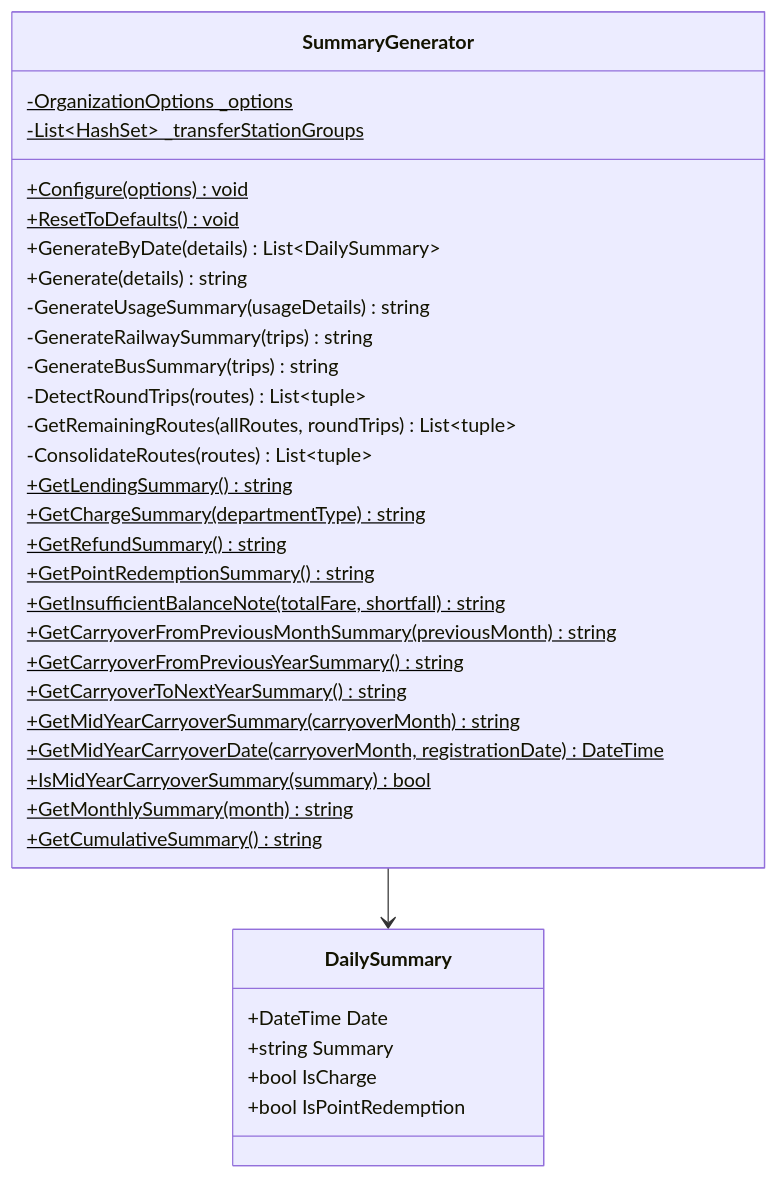
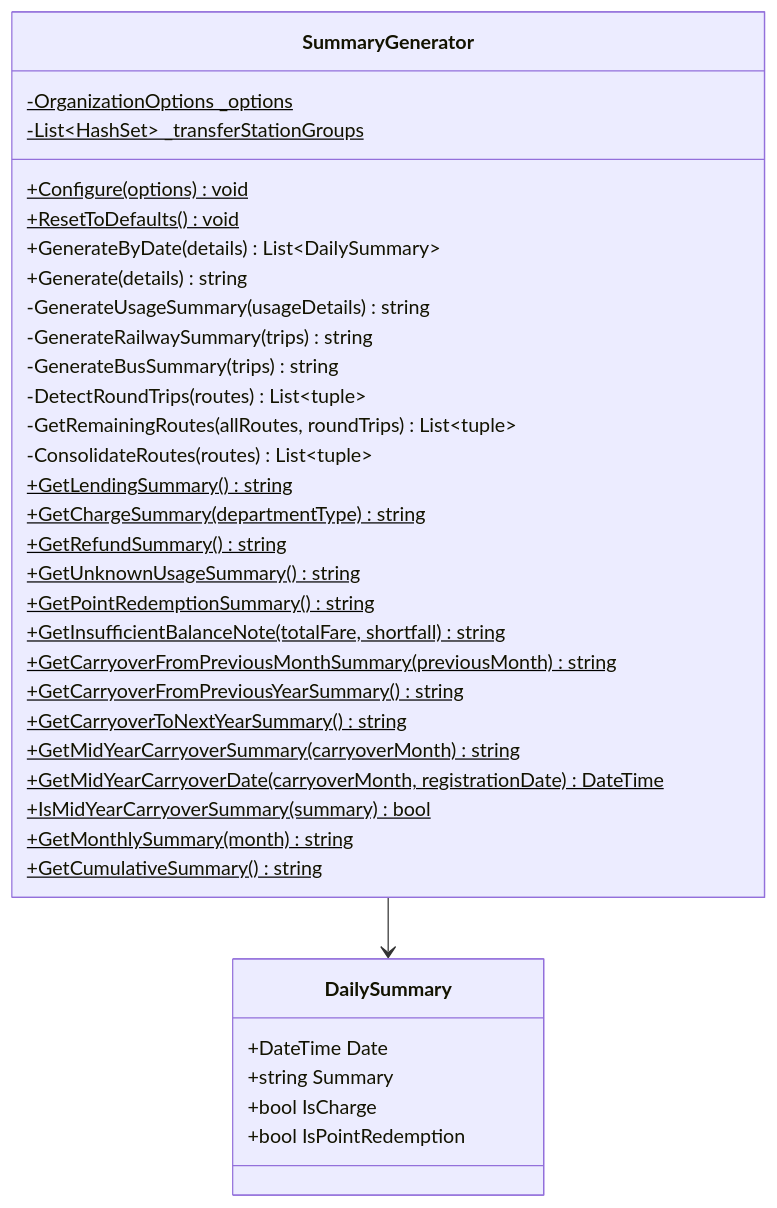
One commit to kuwayamamasayuki/ICCardManager changed the sixth of 48 diagrams in ICCardManager/docs/design/05_クラス設計書.md. Above: the diagram before and after it, drawn with Mermaid. The commit also changed other lines of this file and 11 other files, not shown here.

````diff
--- a/ICCardManager/docs/design/05_クラス設計書.md
+++ b/ICCardManager/docs/design/05_クラス設計書.md
@@ -570,39 +570,40 @@
 ```mermaid
 classDiagram
     class SummaryGenerator {
         -OrganizationOptions _options$
         -List~HashSet~ _transferStationGroups$
         +Configure(options)$ void
         +ResetToDefaults()$ void
         +GenerateByDate(details) List~DailySummary~
         +Generate(details) string
         -GenerateUsageSummary(usageDetails) string
         -GenerateRailwaySummary(trips) string
         -GenerateBusSummary(trips) string
         -DetectRoundTrips(routes) List~tuple~
         -GetRemainingRoutes(allRoutes, roundTrips) List~tuple~
         -ConsolidateRoutes(routes) List~tuple~
         +GetLendingSummary()$ string
         +GetChargeSummary(departmentType)$ string
         +GetRefundSummary()$ string
+        +GetUnknownUsageSummary()$ string
         +GetPointRedemptionSummary()$ string
         +GetInsufficientBalanceNote(totalFare, shortfall)$ string
         +GetCarryoverFromPreviousMonthSummary(previousMonth)$ string
         +GetCarryoverFromPreviousYearSummary()$ string
         +GetCarryoverToNextYearSummary()$ string
         +GetMidYearCarryoverSummary(carryoverMonth)$ string
         +GetMidYearCarryoverDate(carryoverMonth, registrationDate)$ DateTime
         +IsMidYearCarryoverSummary(summary)$ bool
         +GetMonthlySummary(month)$ string
         +GetCumulativeSummary()$ string
     }
 
     class DailySummary {
         +DateTime Date
         +string Summary
         +bool IsCharge
         +bool IsPointRedemption
     }
 
     SummaryGenerator --> DailySummary
 ```
````
